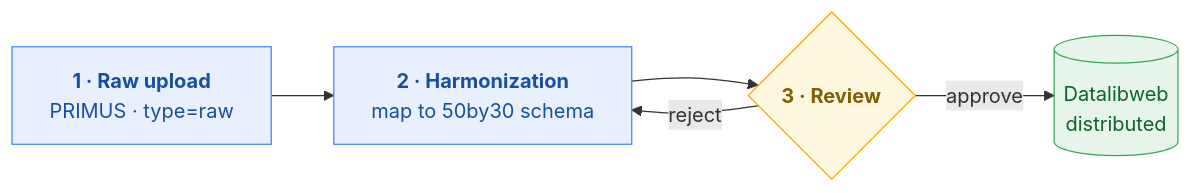
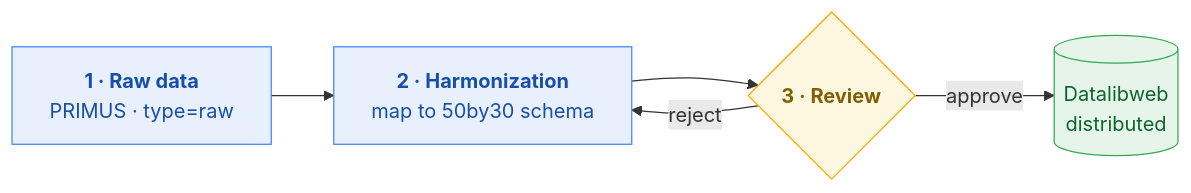
One commit to GPID-WB/50by35-data changed the diagram in index.qmd. Above: the diagram before and after it, drawn with Mermaid. The commit also changed other lines of this file, not shown here.

First line of the commit message:
Rename pipeline step 1 label from "Raw upload" to "Raw data"

````diff
--- a/index.qmd
+++ b/index.qmd
@@ -13,20 +9,20 @@
 ```{mermaid}
 %%| label: fig-pipeline
 %%| fig-cap: "The 50by30 microdata pipeline, from raw survey to distribution."
 flowchart LR
-    raw["<b>1 · Raw upload</b><br/>PRIMUS · type=raw"]
+    raw["<b>1 · Raw data</b><br/>PRIMUS · type=raw"]
     harm["<b>2 · Harmonization</b><br/>map to 50by30 schema"]
     rev{"<b>3 · Review</b>"}
     dist[("Datalibweb<br/>distributed")]
 
     raw --> harm --> rev
     rev -->|approve| dist
     rev -->|reject| harm
 
     classDef step fill:#e8f0fe,stroke:#4285f4,color:#174ea6;
     classDef gate fill:#fef7e0,stroke:#f9ab00,color:#7f6003;
     classDef store fill:#e6f4ea,stroke:#34a853,color:#0d652d;
     class raw,harm step;
     class rev gate;
     class dist store;
 ```
````
